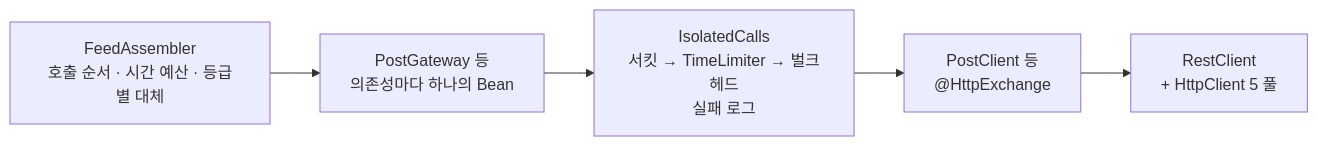
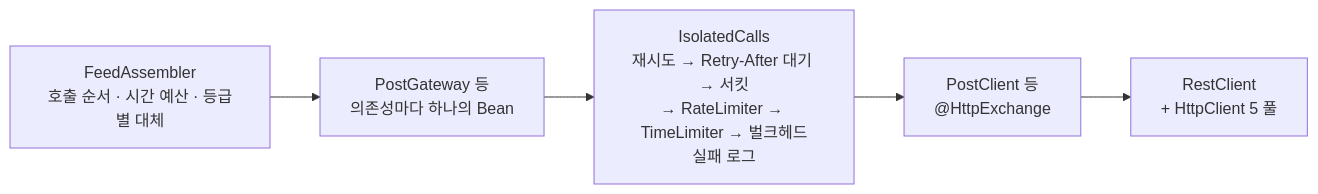
Before and after one commit to Vryez11/Weave: the third of 4 diagrams in docs/architecture.md, drawn with Mermaid. The commit also changed other lines of this file and 3 other files, not shown here.

First line of the commit message:
docs: 아키텍처와 feed-service 안내에 재시도 루프·Retry-After 대기·ad 요청 수 상한의 구조를 적는다 (F-005)

````diff
--- a/docs/architecture.md
+++ b/docs/architecture.md
@@ -180,7 +180,7 @@
 ```mermaid
 flowchart LR
     asm["FeedAssembler<br/>호출 순서 · 시간 예산 · 등급별 대체"] --> gw["PostGateway 등<br/>의존성마다 하나의 Bean"]
-    gw --> iso["IsolatedCalls<br/>서킷 → TimeLimiter → 벌크헤드<br/>실패 로그"]
+    gw --> iso["IsolatedCalls<br/>재시도 → Retry-After 대기 → 서킷<br/>→ RateLimiter → TimeLimiter → 벌크헤드<br/>실패 로그"]
     iso --> http["PostClient 등<br/>@HttpExchange"]
     http --> rc["RestClient<br/>+ HttpClient 5 풀"]
 ```
````
